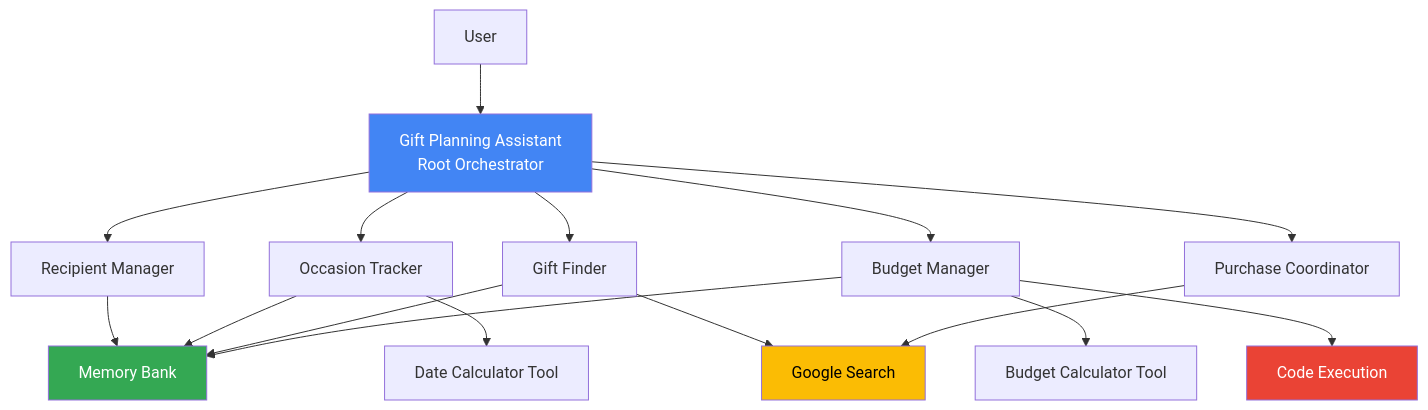
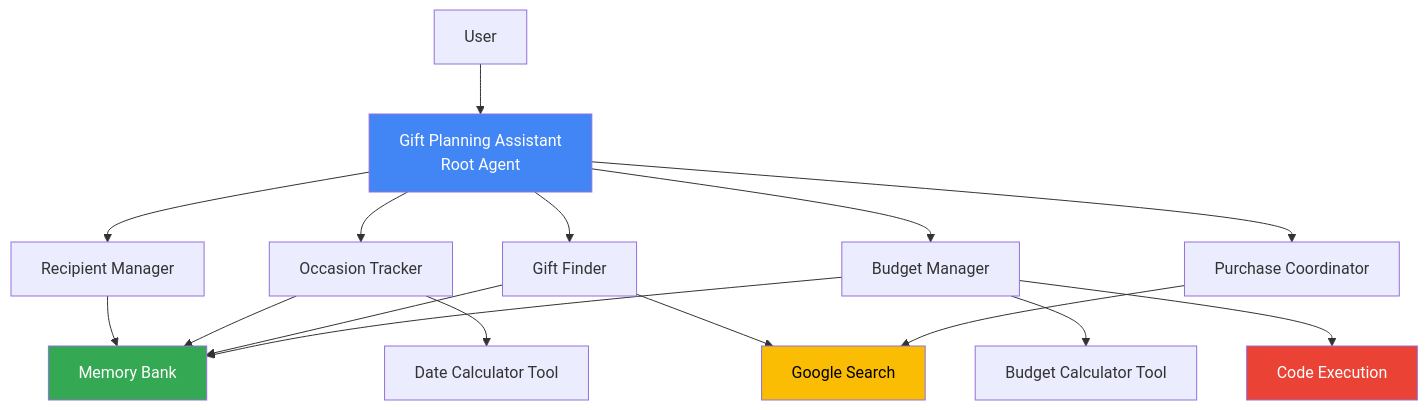
The diagram in Readme.md (akshay0611/Gift-Planning-Assistant), drawn with Mermaid before and after one commit. The commit also changed other lines of this file and 1 other file, not shown here.

Commit message:
docs: Update architecture to reflect ADK tool-based multi-agent system, add deployment and web UI details.

````diff
--- a/Readme.md
+++ b/Readme.md
@@ -40,25 +40,25 @@
 ```mermaid
 graph TD
-    A[User] --> B[Gift Planning Assistant<br/>Root Orchestrator]
+    A[User] --> B[Gift Planning Assistant<br/>Root Agent]
     B --> C[Recipient Manager]
     B --> D[Occasion Tracker]
     B --> E[Gift Finder]
     B --> F[Budget Manager]
     B --> G[Purchase Coordinator]
     
     C --> H[Memory Bank]
     D --> H
     E --> H
     F --> H
     
     D --> I[Date Calculator Tool]
     F --> J[Budget Calculator Tool]
     E --> K[Google Search]
     F --> L[Code Execution]
     G --> K
     
     style B fill:#4285f4,color:#fff
     style H fill:#34a853,color:#fff
     style K fill:#fbbc04,color:#000
     style L fill:#ea4335,color:#fff
 ```
````
